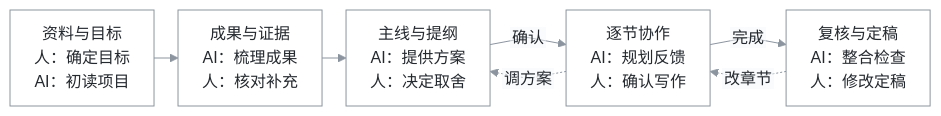
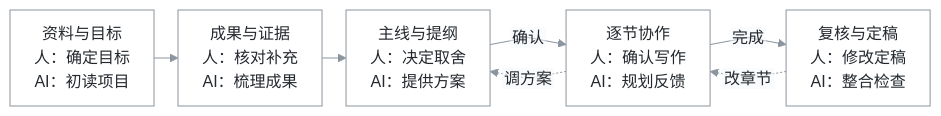
One commit to SAFuDarren/paper-shaper changed the diagram in README.zh-CN.md. Above: the diagram before and after it, drawn with Mermaid. The commit also changed 3 other files, not shown here.

````diff
--- a/README.zh-CN.md
+++ b/README.zh-CN.md
@@ -17,37 +17,37 @@
 ```mermaid
 ---
 config:
   theme: base
   look: classic
   layout: dagre
   themeCSS: ".edgeLabel rect, .labelBkg { opacity: 1 !important; }"
   themeVariables:
     fontFamily: 'Arial, "PingFang SC", "Microsoft YaHei", "Noto Sans CJK SC", sans-serif'
     fontSize: 16px
     primaryColor: '#ffffff'
     primaryTextColor: '#24292f'
     primaryBorderColor: '#8c959f'
     lineColor: '#8c959f'
     textColor: '#24292f'
     edgeLabelBackground: '#f6f8fa'
   flowchart:
     htmlLabels: false
     nodeSpacing: 24
     rankSpacing: 24
     padding: 12
     wrappingWidth: 180
     curve: linear
 ---
 flowchart LR
     A["资料与目标<br/>人：确定目标<br/>AI：初读项目"]
-    B["成果与证据<br/>AI：梳理成果<br/>人：核对补充"]
-    C["主线与提纲<br/>AI：提供方案<br/>人：决定取舍"]
-    D["逐节协作<br/>AI：规划反馈<br/>人：确认写作"]
-    E["复核与定稿<br/>AI：整合检查<br/>人：修改定稿"]
+    B["成果与证据<br/>人：核对补充<br/>AI：梳理成果"]
+    C["主线与提纲<br/>人：决定取舍<br/>AI：提供方案"]
+    D["逐节协作<br/>人：确认写作<br/>AI：规划反馈"]
+    E["复核与定稿<br/>人：修改定稿<br/>AI：整合检查"]
 
     A --> B --> C
     C -->|确认| D
     D -->|完成| E
     D -.->|调方案| C
     E -.->|改章节| D
 ```
````
